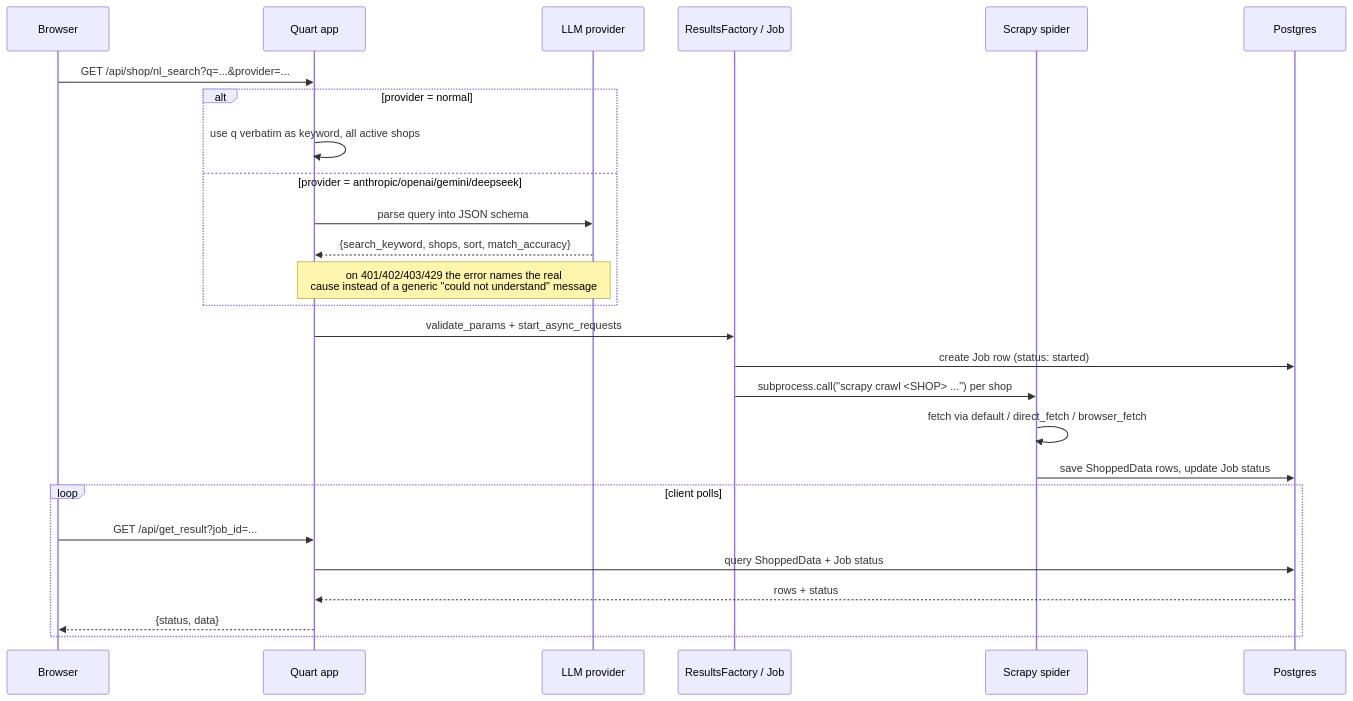
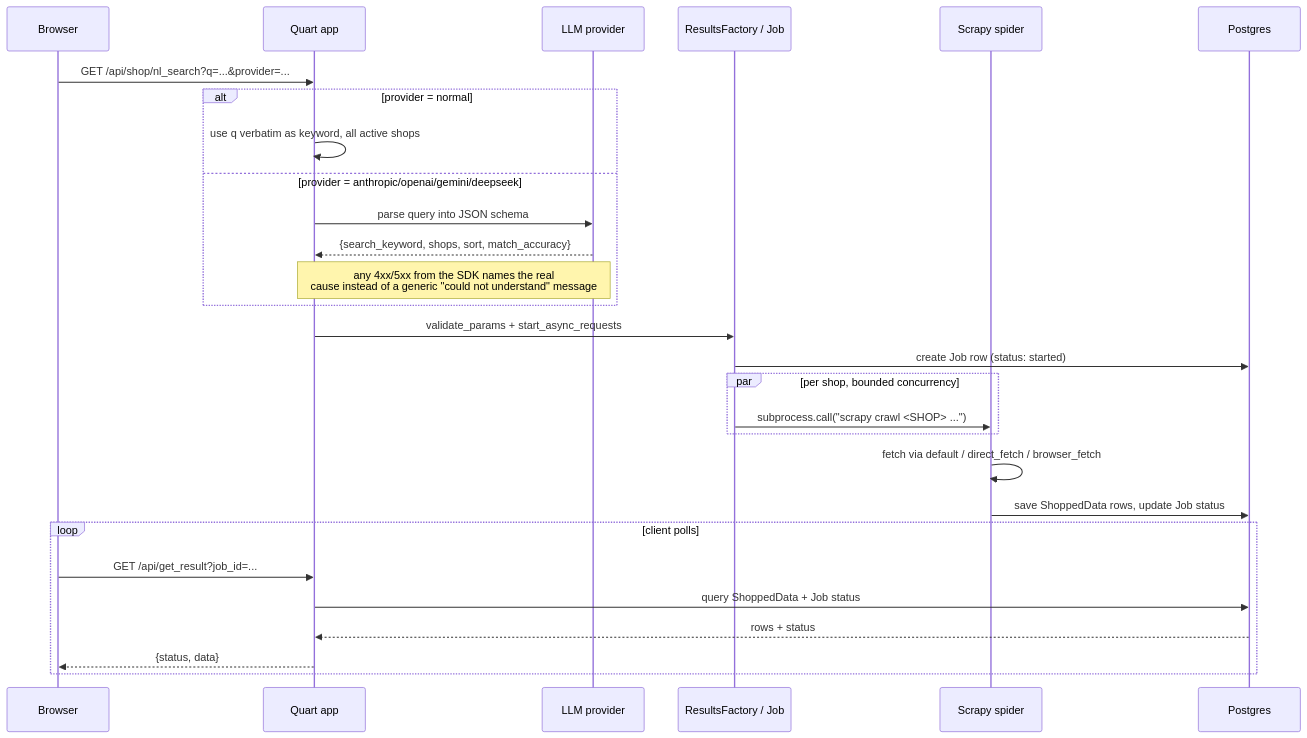
Before and after one commit to ikp4success/shopasource: the second of 2 diagrams in docs/architecture.md, drawn with Mermaid. The commit also changed other lines of this file and 2 other files, not shown here.

First line of the commit message:
Document new config, refresh architecture docs, add Claude/AI badges

````diff
--- a/docs/architecture.md
+++ b/docs/architecture.md
@@ -64,29 +64,31 @@
 ```mermaid
 sequenceDiagram
     participant U as Browser
     participant A as Quart app
     participant L as LLM provider
     participant J as ResultsFactory / Job
     participant S as Scrapy spider
     participant D as Postgres
 
     U->>A: GET /api/shop/nl_search?q=...&provider=...
     alt provider = normal
         A->>A: use q verbatim as keyword, all active shops
     else provider = anthropic/openai/gemini/deepseek
         A->>L: parse query into JSON schema
         L-->>A: {search_keyword, shops, sort, match_accuracy}
-        Note over A,L: on 401/402/403/429 the error names the real<br/>cause instead of a generic "could not understand" message
+        Note over A,L: any 4xx/5xx from the SDK names the real<br/>cause instead of a generic "could not understand" message
     end
     A->>J: validate_params + start_async_requests
     J->>D: create Job row (status: started)
-    J->>S: subprocess.call("scrapy crawl <SHOP> ...") per shop
+    par per shop, bounded concurrency
+        J->>S: subprocess.call("scrapy crawl <SHOP> ...")
+    end
     S->>S: fetch via default / direct_fetch / browser_fetch
     S->>D: save ShoppedData rows, update Job status
     loop client polls
         U->>A: GET /api/get_result?job_id=...
         A->>D: query ShoppedData + Job status
         D-->>A: rows + status
         A-->>U: {status, data}
     end
 ```
````
